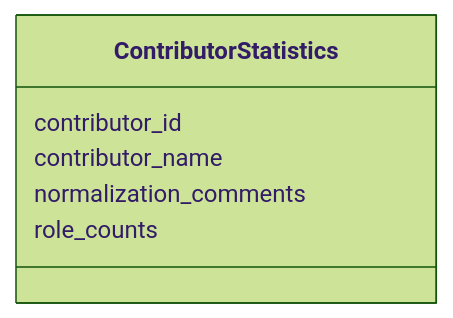
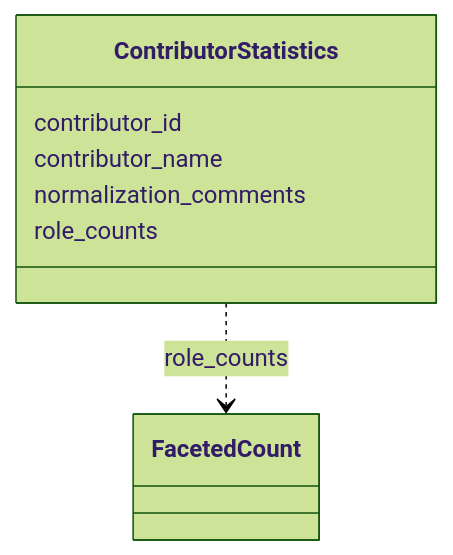
Before and after one commit to INCATools/ontology-access-kit: the diagram in summary-statistics/ContributorStatistics.md, drawn with Mermaid (forest theme). The commit also changed other lines of this file and 1783 other files, not shown here.

````diff
--- a/summary-statistics/ContributorStatistics.md
+++ b/summary-statistics/ContributorStatistics.md
@@ -11,9 +11,15 @@
 ```{mermaid}
  classDiagram
     class ContributorStatistics
       ContributorStatistics : contributor_id
+        
       ContributorStatistics : contributor_name
+        
       ContributorStatistics : normalization_comments
+        
       ContributorStatistics : role_counts
+        
+          ContributorStatistics ..> FacetedCount : role_counts
+        
       
 ```
````
